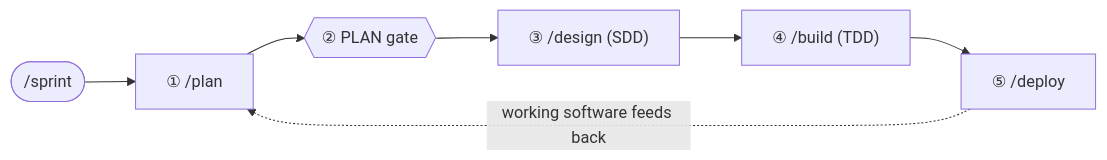
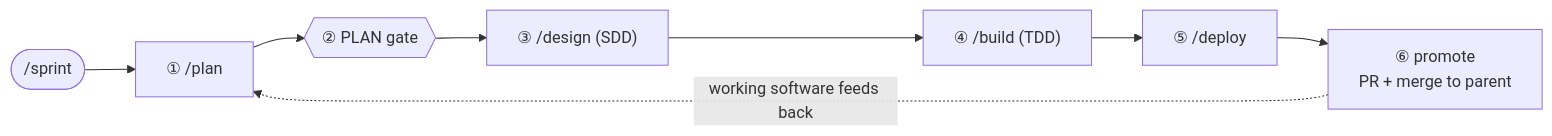
Before and after one commit to databricks-solutions/lakebase-app-dev-kit: the first of 10 diagrams in skills/lakebase-sftdd-workflows/references/workflow-state-machine.md, drawn with Mermaid. The commit also changed other lines of this file, not shown here.

First line of the commit message:
docs(sftdd): close representation gaps across workflow-state-machine diagrams

````diff
--- a/skills/lakebase-sftdd-workflows/references/workflow-state-machine.md
+++ b/skills/lakebase-sftdd-workflows/references/workflow-state-machine.md
@@ -24,9 +26,10 @@
 ```mermaid
 flowchart LR
     S(["/sprint"]) --> P["① /plan"]
     P --> PG{{② PLAN gate}}
     PG --> D["③ /design (SDD)"]
     D --> B["④ /build (TDD)"]
     B --> DP["⑤ /deploy"]
-    DP -. "working software feeds back" .-> P
+    DP --> PR["⑥ promote<br/>PR + merge to parent"]
+    PR -. "working software feeds back" .-> P
 ```
````
